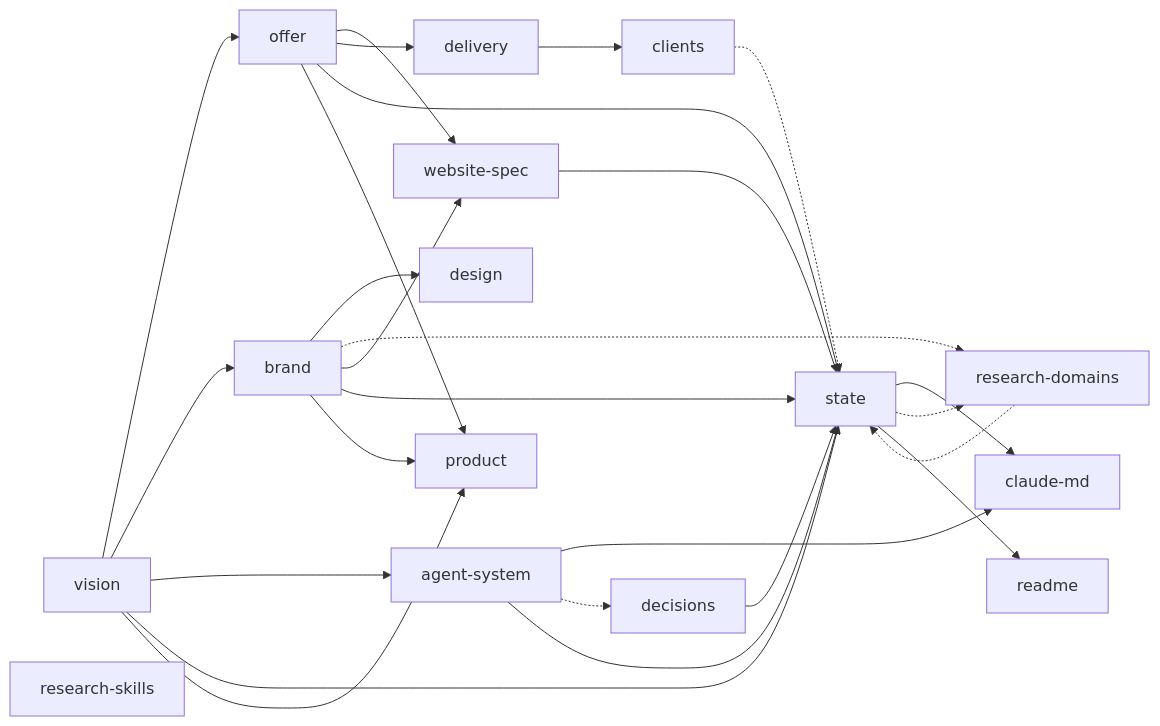
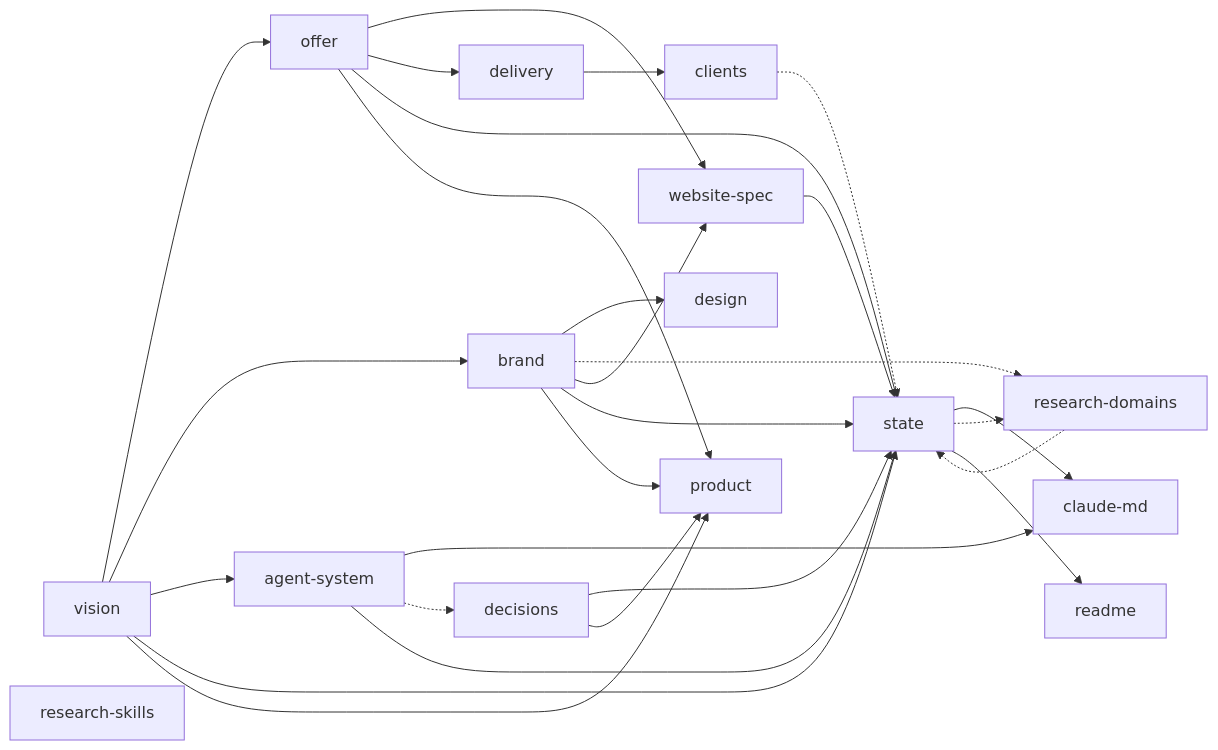
One commit to mann0122/nexbridge-it changed the diagram in docs/INDEX.md. Above: the diagram before and after it, drawn with Mermaid. The commit also changed other lines of this file and 12 other files, not shown here.

````diff
--- a/docs/INDEX.md
+++ b/docs/INDEX.md
@@ -17,44 +17,45 @@
 ```mermaid
 graph LR
   vision["vision"]
   offer["offer"]
   brand["brand"]
   website_spec["website-spec"]
   delivery["delivery"]
   decisions["decisions"]
   agent_system["agent-system"]
   clients["clients"]
   research_skills["research-skills"]
   research_domains["research-domains"]
   state["state"]
   claude_md["claude-md"]
   design["design"]
   product["product"]
   readme["readme"]
 
   state --> claude_md
   agent_system --> claude_md
   brand --> design
   vision --> offer
   vision --> brand
   brand -.-> research_domains
   offer --> website_spec
   brand --> website_spec
   offer --> delivery
   vision --> agent_system
   agent_system -.-> decisions
   delivery --> clients
   clients -.-> state
   research_domains -.-> state
   vision --> state
   offer --> state
   brand --> state
   website_spec --> state
   decisions --> state
   agent_system --> state
   state -.-> research_domains
   vision --> product
   offer --> product
   brand --> product
+  decisions --> product
   state --> readme
 ```
````
